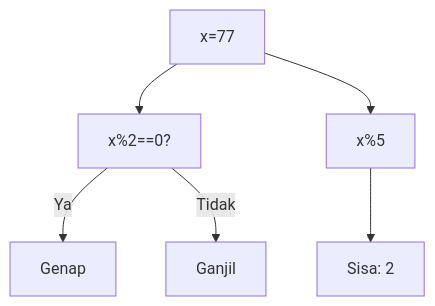
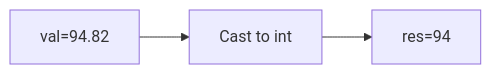
The first of 25 diagrams in part-c-pemahaman-cpp/01-tipe-data/latihan/set-09.md (amnahwaida/OSNK_INF_PREP), drawn with Mermaid before and after one commit. The commit also changed other lines of this file and 71 other files, not shown here.

````diff
--- a/part-c-pemahaman-cpp/01-tipe-data/latihan/set-09.md
+++ b/part-c-pemahaman-cpp/01-tipe-data/latihan/set-09.md
@@ -23,8 +21,5 @@
 ```mermaid
-graph TD
-A["x=77"] --> B["x%2==0?"]
-B -- Ya --> C["Genap"]
-B -- Tidak --> D["Ganjil"]
-A --> E["x%5"]
-E --> F["Sisa: 2"]
+graph LR
+A["val=94.82"] --> B["Cast to int"]
+B --> C["res=94"]
 ```
````
